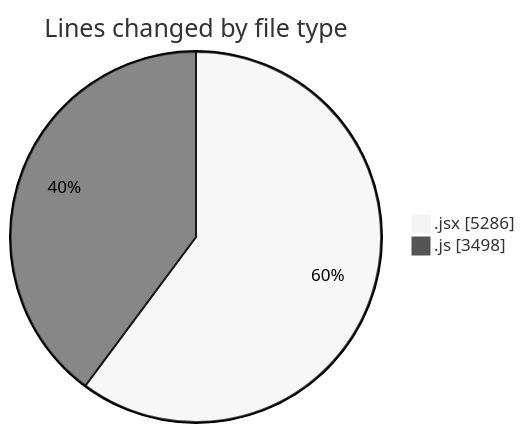
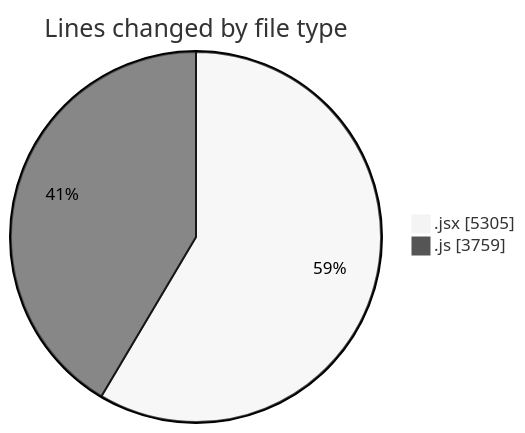
The first of 2 diagrams in 2025-07-30/nxtqube_webapp/README.md (nxtqubesakshisongat/code-tracking), drawn with Mermaid (neutral theme) before and after one commit. The commit also changed other lines of this file and 1 other file, not shown here.

````diff
--- a/2025-07-30/nxtqube_webapp/README.md
+++ b/2025-07-30/nxtqube_webapp/README.md
@@ -35,6 +36,6 @@
 ```mermaid
 pie showData
 title Lines changed by file type
-".jsx" : 5286
-".js" : 3498
+".jsx" : 5305
+".js" : 3759
 ```
````
